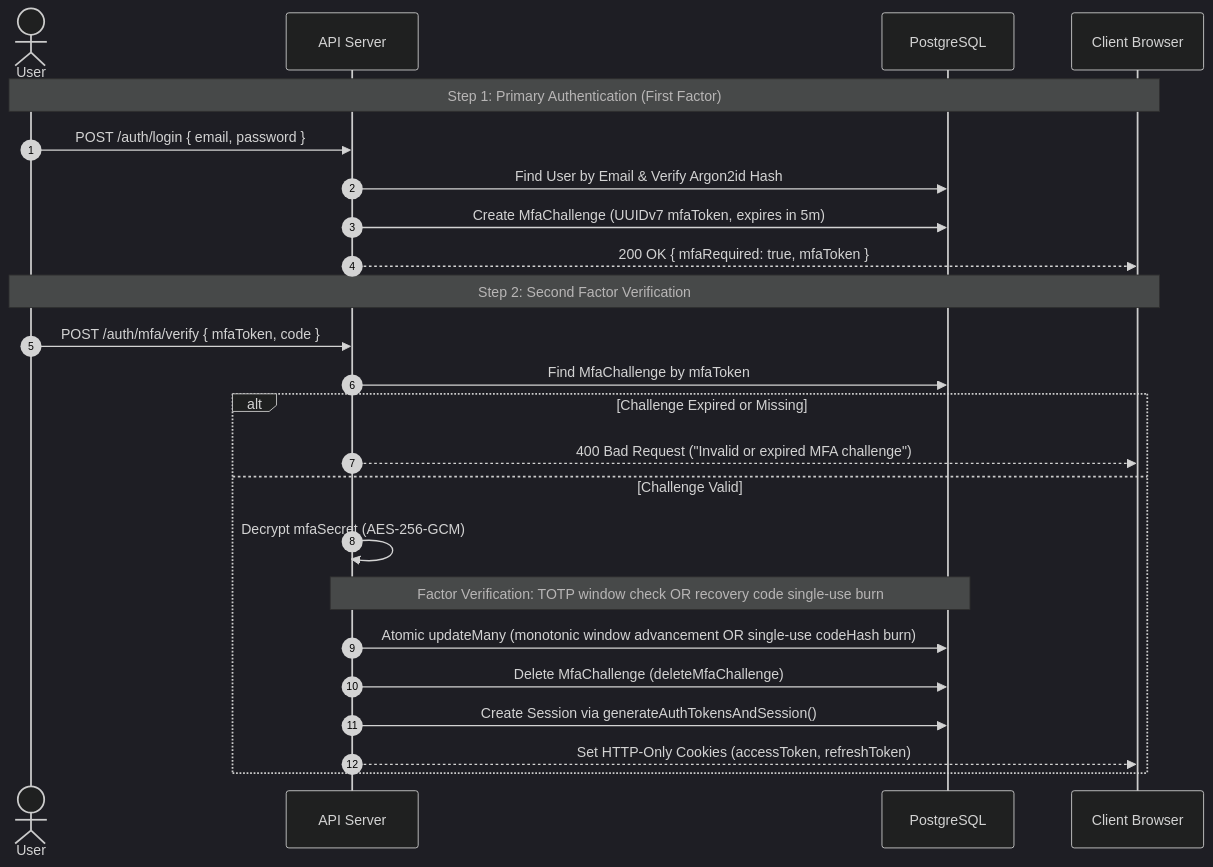
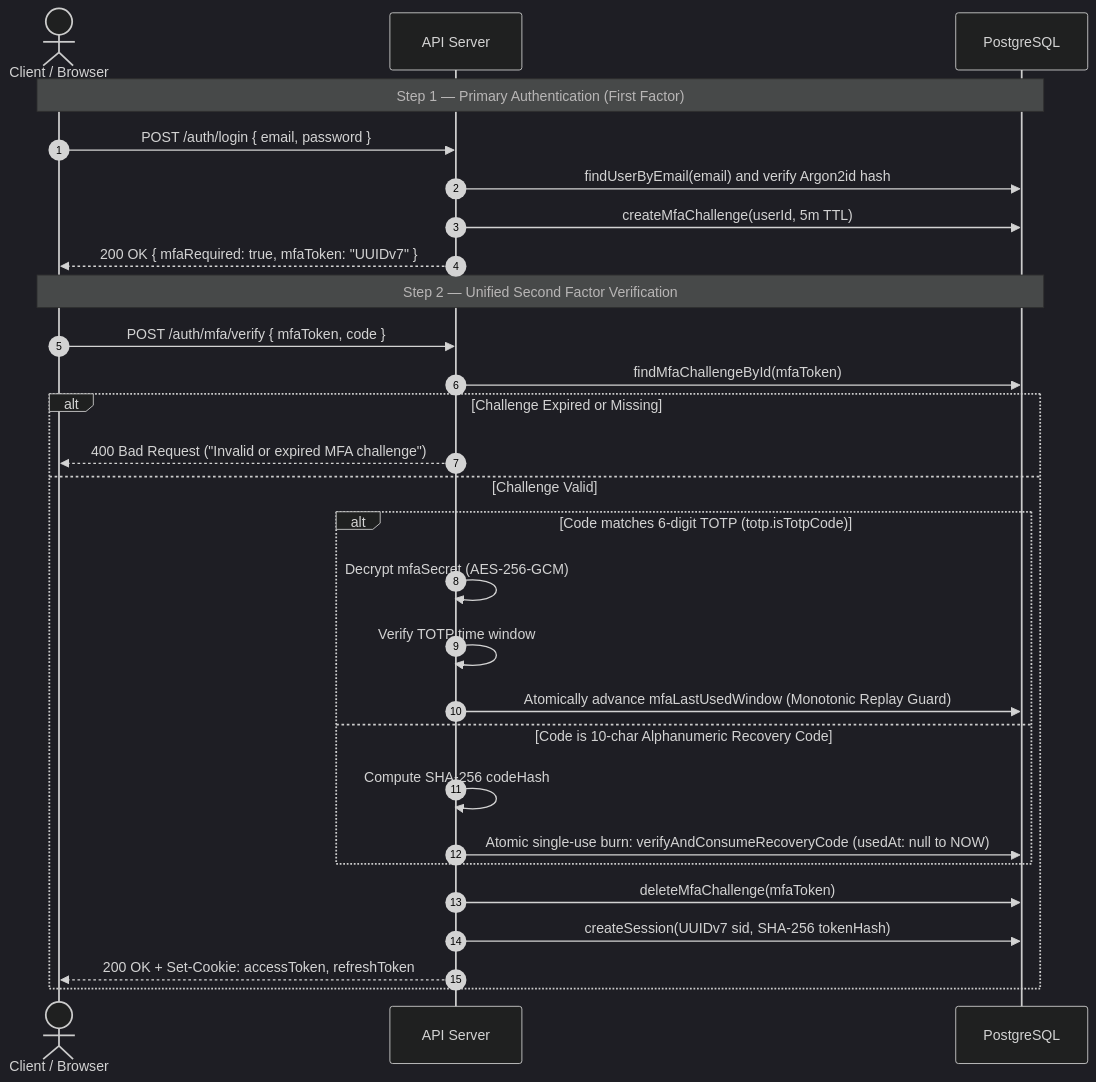
Before and after one commit to utkarshj014/authsphere: the fourth of 9 diagrams in docs/ARCHITECTURE.md, drawn with Mermaid (dark theme). The commit also changed other lines of this file and 6 other files, not shown here.

````diff
--- a/docs/ARCHITECTURE.md
+++ b/docs/ARCHITECTURE.md
@@ -297,28 +369,32 @@
 ```mermaid
 sequenceDiagram
     autonumber
-    actor User
+    actor Client as Client / Browser
     participant API as API Server
     participant DB as PostgreSQL
-    participant Client as Client Browser
 
-    Note over User, Client: Step 1: Primary Authentication (First Factor)
-    User->>API: POST /auth/login { email, password }
-    API->>DB: Find User by Email & Verify Argon2id Hash
-    API->>DB: Create MfaChallenge (UUIDv7 mfaToken, expires in 5m)
-    API-->>Client: 200 OK { mfaRequired: true, mfaToken }
+    Note over Client, DB: Step 1 — Primary Authentication (First Factor)
+    Client->>API: POST /auth/login { email, password }
+    API->>DB: findUserByEmail(email) and verify Argon2id hash
+    API->>DB: createMfaChallenge(userId, 5m TTL)
+    API-->>Client: 200 OK { mfaRequired: true, mfaToken: "UUIDv7" }
 
-    Note over User, Client: Step 2: Second Factor Verification
-    User->>API: POST /auth/mfa/verify { mfaToken, code }
-    API->>DB: Find MfaChallenge by mfaToken
+    Note over Client, DB: Step 2 — Unified Second Factor Verification
+    Client->>API: POST /auth/mfa/verify { mfaToken, code }
+    API->>DB: findMfaChallengeById(mfaToken)
     alt Challenge Expired or Missing
         API-->>Client: 400 Bad Request ("Invalid or expired MFA challenge")
     else Challenge Valid
-        API->>API: Decrypt mfaSecret (AES-256-GCM)
-        Note over API, DB: Factor Verification: TOTP window check OR recovery code single-use burn
-        API->>DB: Atomic updateMany (monotonic window advancement OR single-use codeHash burn)
-        API->>DB: Delete MfaChallenge (deleteMfaChallenge)
-        API->>DB: Create Session via generateAuthTokensAndSession()
-        API-->>Client: Set HTTP-Only Cookies (accessToken, refreshToken)
+        alt Code matches 6-digit TOTP (totp.isTotpCode)
+            API->>API: Decrypt mfaSecret (AES-256-GCM)
+            API->>API: Verify TOTP time window
+            API->>DB: Atomically advance mfaLastUsedWindow (Monotonic Replay Guard)
+        else Code is 10-char Alphanumeric Recovery Code
+            API->>API: Compute SHA-256 codeHash
+            API->>DB: Atomic single-use burn: verifyAndConsumeRecoveryCode (usedAt: null to NOW)
+        end
+        API->>DB: deleteMfaChallenge(mfaToken)
+        API->>DB: createSession(UUIDv7 sid, SHA-256 tokenHash)
+        API-->>Client: 200 OK + Set-Cookie: accessToken, refreshToken
     end
 ```
````
